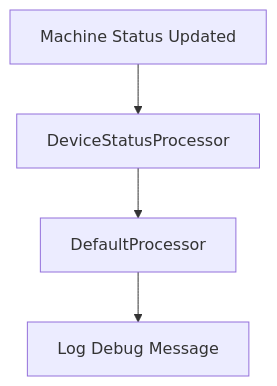
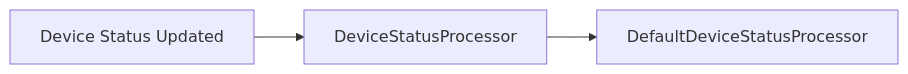
Before and after one commit to flamingo-stack/openframe-oss-lib: the ninth of 10 diagrams in docs/reference/architecture/api-lib-contracts/api-lib-contracts.md, drawn with Mermaid. The commit also changed other lines of this file and 172 other files, not shown here.

````diff
--- a/docs/reference/architecture/api-lib-contracts/api-lib-contracts.md
+++ b/docs/reference/architecture/api-lib-contracts/api-lib-contracts.md
@@ -336,6 +338,5 @@
 ```mermaid
-flowchart TD
-    MachineStatusUpdate["Machine Status Updated"] --> Processor
-    Processor["DeviceStatusProcessor"] --> DefaultProcessor
-    DefaultProcessor --> LogOnly["Log Debug Message"]
+flowchart LR
+    DeviceUpdate["Device Status Updated"] --> Processor["DeviceStatusProcessor"]
+    Processor --> DefaultImpl["DefaultDeviceStatusProcessor"]
 ```
````
